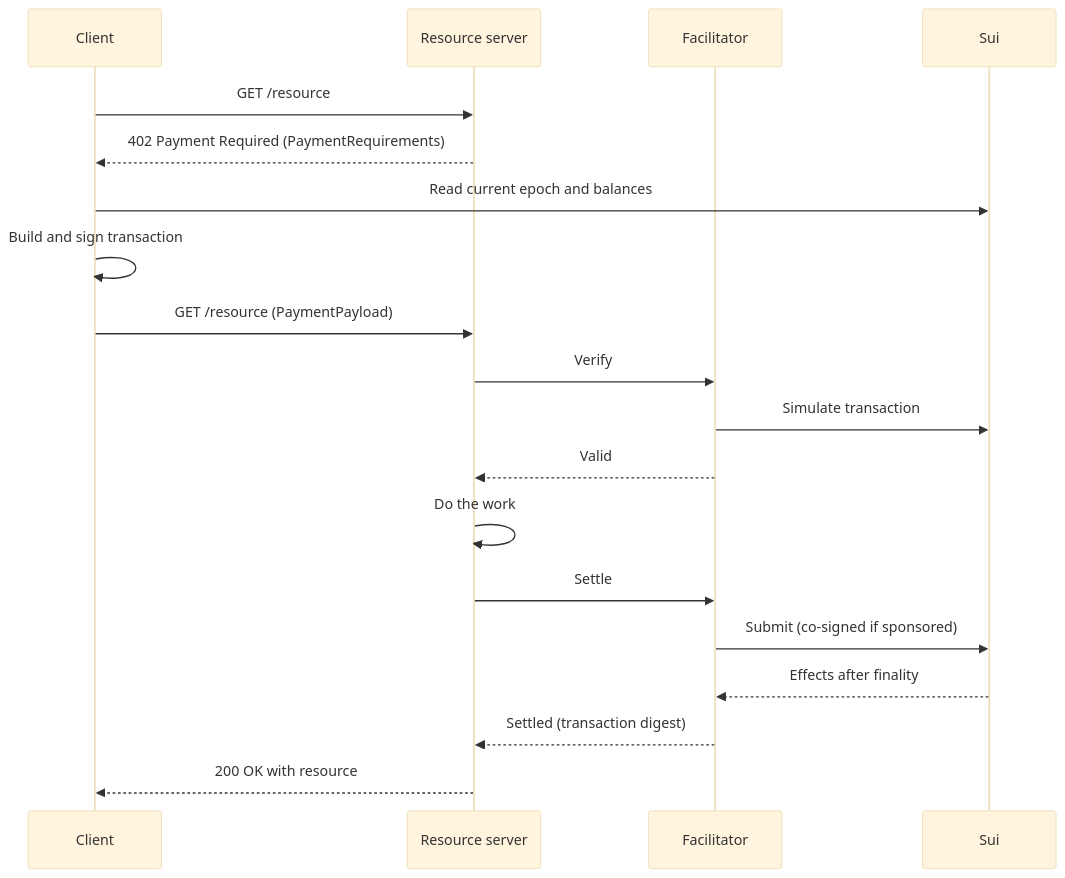
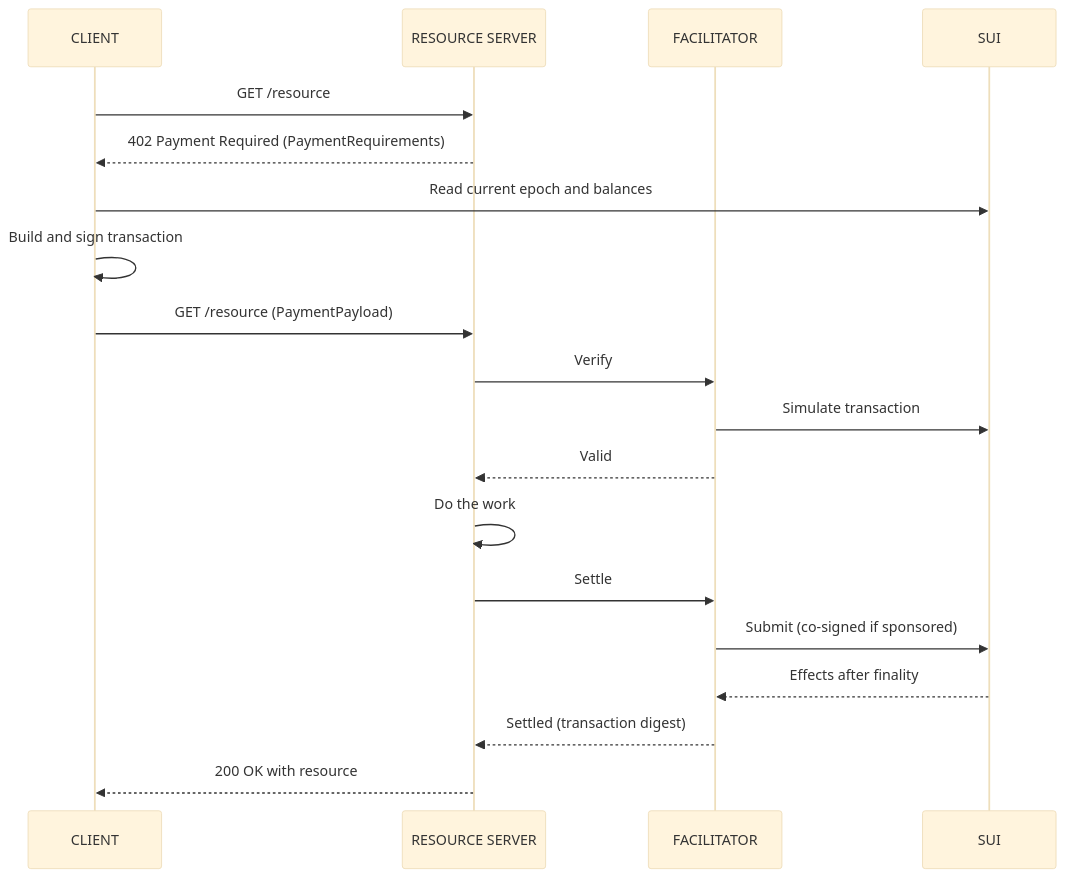
One commit to MystenLabs/sui-docs changed the diagram in content/sui/onchain-finance/agentic-payments/x402-on-sui.mdx. Above: the diagram before and after it, drawn with Mermaid (base theme). The commit also changed other lines of this file and 8 other files, not shown here.

````diff
--- a/content/sui/onchain-finance/agentic-payments/x402-on-sui.mdx
+++ b/content/sui/onchain-finance/agentic-payments/x402-on-sui.mdx
@@ -89,22 +89,22 @@
 ```mermaid
 sequenceDiagram
-    participant Client
-    participant Server as Resource server
-    participant Facilitator
-    participant Sui
+    participant Client as CLIENT
+    participant Server as RESOURCE SERVER
+    participant Facilitator as FACILITATOR
+    participant Sui as SUI
 
     Client->>Server: GET /resource
     Server-->>Client: 402 Payment Required (PaymentRequirements)
     Client->>Sui: Read current epoch and balances
     Client->>Client: Build and sign transaction
     Client->>Server: GET /resource (PaymentPayload)
     Server->>Facilitator: Verify
     Facilitator->>Sui: Simulate transaction
     Facilitator-->>Server: Valid
     Server->>Server: Do the work
     Server->>Facilitator: Settle
     Facilitator->>Sui: Submit (co-signed if sponsored)
     Sui-->>Facilitator: Effects after finality
     Facilitator-->>Server: Settled (transaction digest)
     Server-->>Client: 200 OK with resource
 ```
````
